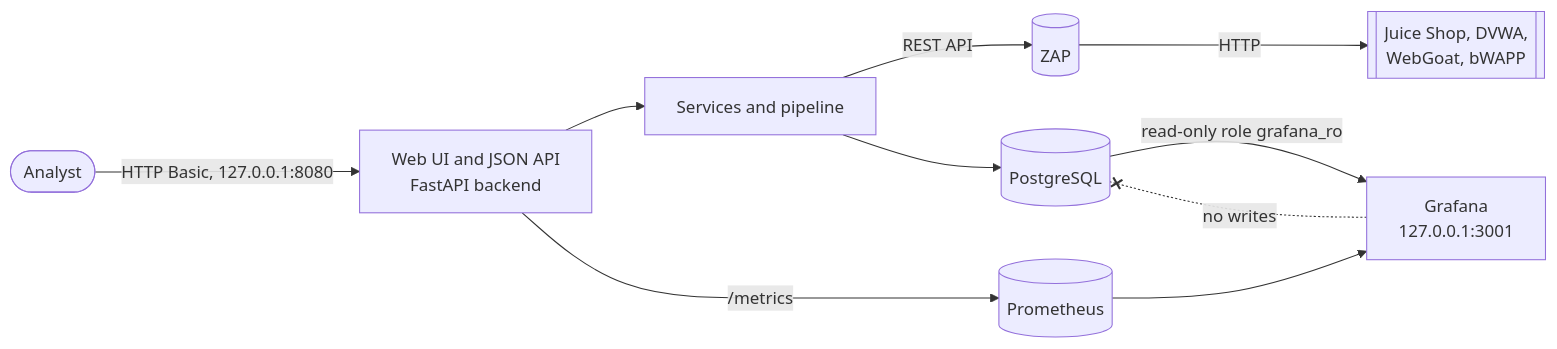
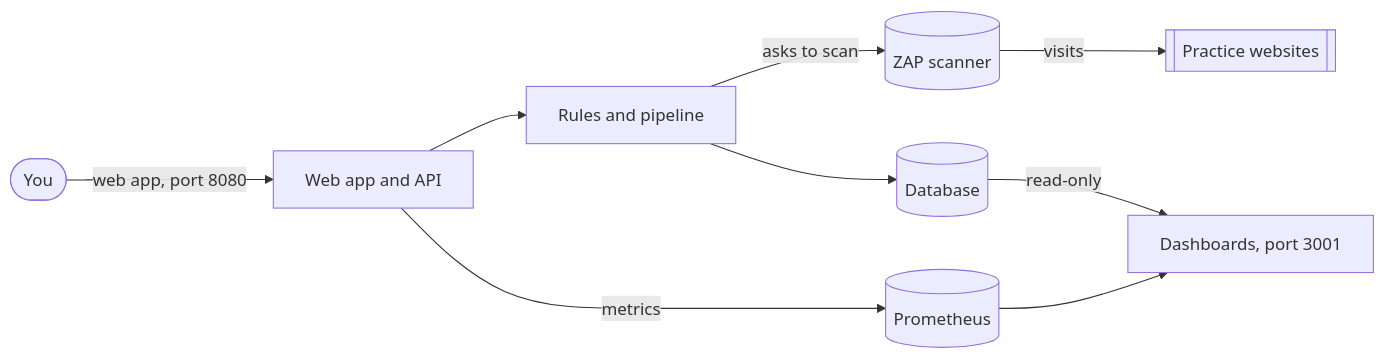
Before and after one commit to manojsomashekar8/Web-Application-Security-and-Risk-Assessment: the first of 2 diagrams in docs/ARCHITECTURE.md, drawn with Mermaid. The commit also changed other lines of this file, not shown here.

Commit message:
Rewrite architecture page in plain language

````diff
--- a/docs/ARCHITECTURE.md
+++ b/docs/ARCHITECTURE.md
@@ -23,12 +26,11 @@
 ```mermaid
 flowchart LR
-    user([Analyst]) -->|HTTP Basic, 127.0.0.1:8080| web[Web UI and JSON API<br/>FastAPI backend]
-    web --> svc[Services and pipeline]
-    svc -->|REST API| zap[(ZAP)]
-    zap -->|HTTP| targets[[Juice Shop, DVWA,<br/>WebGoat, bWAPP]]
-    svc --> pg[(PostgreSQL)]
-    web -->|/metrics| prom[(Prometheus)]
-    prom --> graf[Grafana<br/>127.0.0.1:3001]
-    pg -->|read-only role grafana_ro| graf
-    graf -. no writes .-x pg
+    you([You]) -->|web app, port 8080| web[Web app and API]
+    web --> svc[Rules and pipeline]
+    svc -->|asks to scan| zap[(ZAP scanner)]
+    zap -->|visits| targets[[Practice websites]]
+    svc --> db[(Database)]
+    web -->|metrics| prom[(Prometheus)]
+    prom --> graf[Dashboards, port 3001]
+    db -->|read-only| graf
 ```
````
